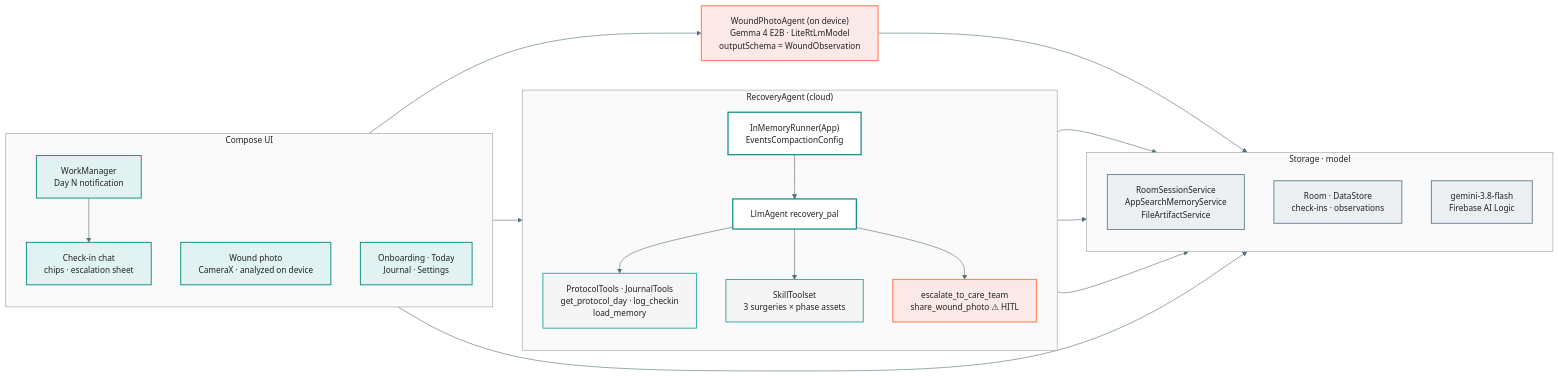
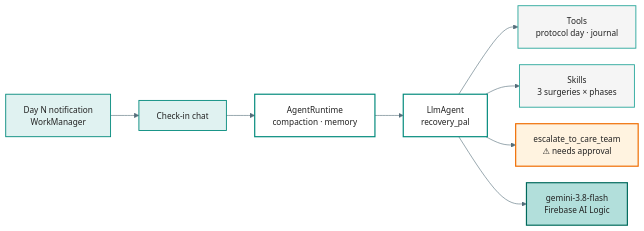
One commit to ykro/recovery-pal-demo changed the first of 3 diagrams in README.md. Above: the diagram before and after it, drawn with Mermaid. The commit also changed other lines of this file, not shown here.

Commit message:
Trail Aid: start the CPR metronome deterministically; clearer diagrams; public repos
- AgentRuntime starts the metronome the moment load_skill(cpr-adult) is observed
  (a 2B model does not reliably call start_cpr_metronome); chip labelled 'app'.
- Instruction spells out the CPR rule and that call/SMS always ask for approval.
- All README Mermaid diagrams simplified (<= 8 nodes, no subgraphs, one story).
- Each app README links its standalone public repo; tools/sync-public.sh pushes
  the three subtrees to cart-shop-demo, recovery-pal-demo and trail-aid-demo.

Claude-Session: https://claude.ai/code/session_01CG2TEoiKTQVJWCuS4cZA8s

````diff
--- a/README.md
+++ b/README.md
@@ -28,48 +30,22 @@
 ```mermaid
-%%{init: {'theme':'base','themeVariables': {'lineColor':'#546E7A','textColor':'#212121','edgeLabelBackground':'#FFFFFF','fontSize':'14px'},'flowchart': {'wrappingWidth': 320}}}%%
+%%{init: {'theme':'base','themeVariables': {'lineColor':'#546E7A','textColor':'#212121','edgeLabelBackground':'#FFFFFF','fontSize':'14px'},'flowchart': {'wrappingWidth': 260, 'nodeSpacing': 28, 'rankSpacing': 48}}}%%
 flowchart LR
-  subgraph UI["Compose UI"]
-    direction TB
-    WM["WorkManager<br/>Day N notification"]
-    Chk["Check-in chat<br/>chips · escalation sheet"]
-    Photo["Wound photo<br/>CameraX · analyzed on device"]
-    Screens["Onboarding · Today<br/>Journal · Settings"]
-  end
-  subgraph CLOUD["RecoveryAgent (cloud)"]
-    direction TB
-    RR["InMemoryRunner(App)<br/>EventsCompactionConfig"]
-    RA["LlmAgent recovery_pal"]
-    Tools["ProtocolTools · JournalTools<br/>get_protocol_day · log_checkin<br/>load_memory"]
-    SK["SkillToolset<br/>3 surgeries × phase assets"]
-    CT["escalate_to_care_team<br/>share_wound_photo ⚠︎ HITL"]
-  end
-  WA["WoundPhotoAgent (on device)<br/>Gemma 4 E2B · LiteRtLmModel<br/>outputSchema = WoundObservation"]
-  subgraph EXT["Storage · model"]
-    direction TB
-    Store["RoomSessionService<br/>AppSearchMemoryService<br/>FileArtifactService"]
-    DB["Room · DataStore<br/>check-ins · observations"]
-    Gem["gemini-3.8-flash<br/>Firebase AI Logic"]
-  end
-
-  WM --> Chk --> RR --> RA
-  RA --> Tools & SK & CT
-  RA --> Gem
-  RR --> Store
-  Tools --> DB
-  Photo --> WA --> DB
-  Screens --> DB
+  N["Day N notification<br/>WorkManager"] --> Chk["Check-in chat"]
+  Chk --> RT["AgentRuntime<br/>compaction · memory"]
+  RT --> AG["LlmAgent<br/>recovery_pal"]
+  AG --> T["Tools<br/>protocol day · journal"]
+  AG --> SK["Skills<br/>3 surgeries × phases"]
+  AG --> ESC["escalate_to_care_team<br/>⚠︎ needs approval"]
+  AG --> G["gemini-3.8-flash<br/>Firebase AI Logic"]
 
   classDef ui fill:#E0F2F1,stroke:#00897B,stroke-width:1.5px,color:#212121
   classDef agent fill:#FFFFFF,stroke:#00897B,stroke-width:2px,color:#212121
   classDef tool fill:#F5F5F5,stroke:#26A69A,stroke-width:1.5px,color:#212121
-  classDef ext fill:#ECEFF1,stroke:#607D8B,stroke-width:1.5px,color:#212121
-  classDef accent fill:#FBE9E7,stroke:#FF8A65,stroke-width:2px,color:#212121
-  class WM,Chk,Photo,Screens ui
-  class RR,RA agent
-  class Tools,SK tool
-  class Store,DB,Gem ext
-  class CT,WA accent
-  style UI fill:#FAFAFA,stroke:#9E9E9E,color:#212121
-  style CLOUD fill:#FAFAFA,stroke:#9E9E9E,color:#212121
-  style EXT fill:#FAFAFA,stroke:#9E9E9E,color:#212121
+  classDef model fill:#B2DFDB,stroke:#00695C,stroke-width:2px,color:#212121
+  classDef accent fill:#FFF3E0,stroke:#EF6C00,stroke-width:2px,color:#212121
+  class N,Chk ui
+  class RT,AG agent
+  class T,SK tool
+  class G model
+  class ESC accent
 ```
````
